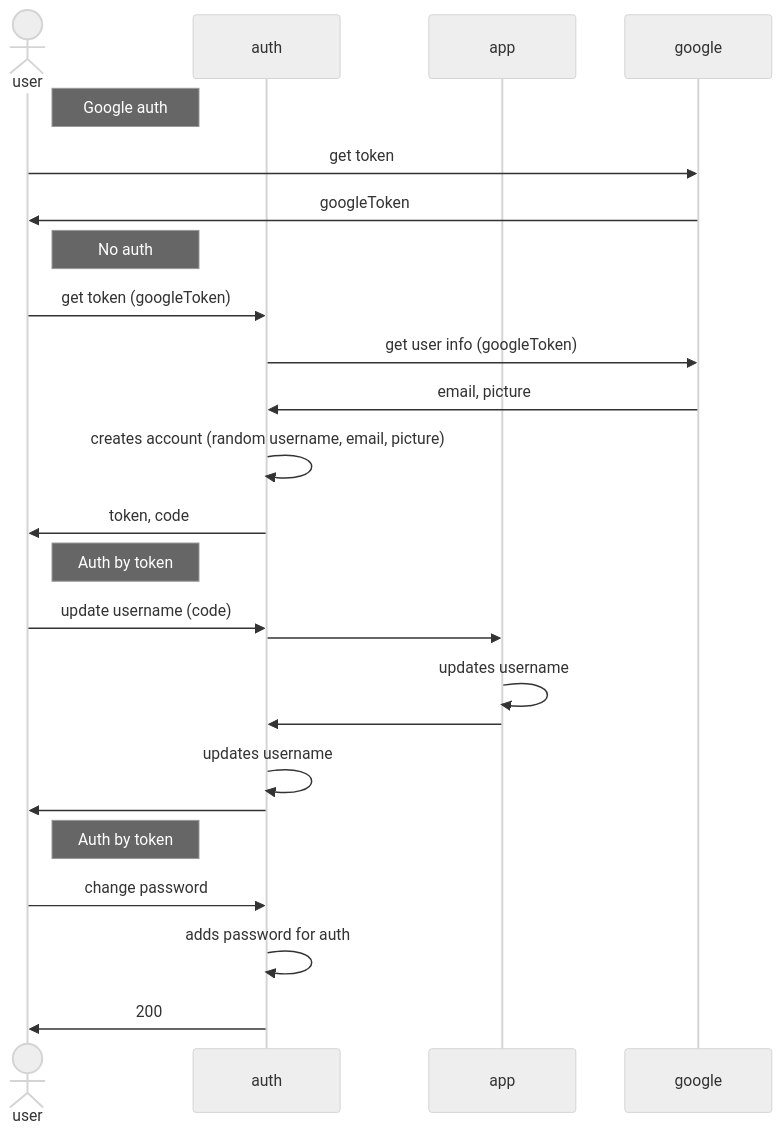
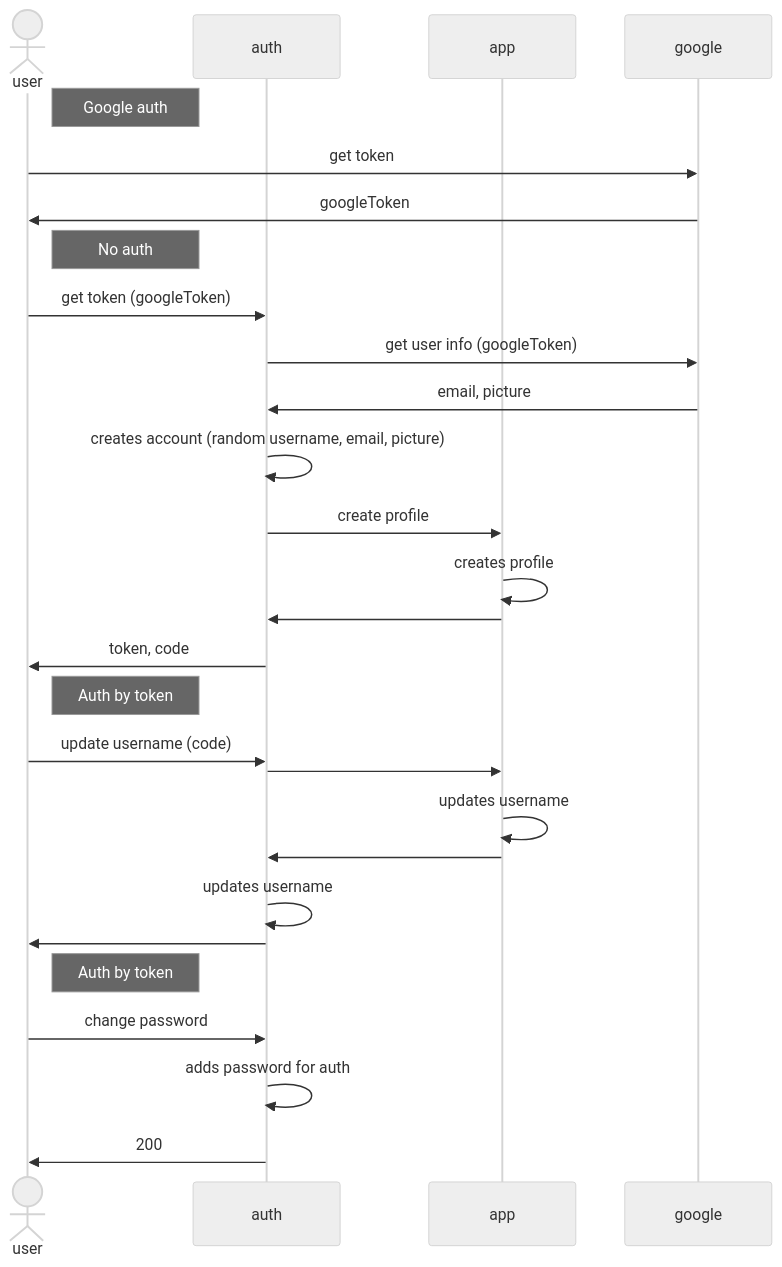
The seventh of 7 diagrams in readme.md (drsanches/photobooth), drawn with Mermaid (neutral theme) before and after one commit. The commit also changed other lines of this file and 9 other files, not shown here.

````diff
--- a/readme.md
+++ b/readme.md
@@ -320,31 +320,34 @@
 ```mermaid
 sequenceDiagram
     actor user
     participant auth
     participant app
     participant google
 
     note right of user: Google auth
     user ->> google: get token
     google ->> user: googleToken
 
     note right of user: No auth
     user ->> auth: get token (googleToken)
     auth ->> google: get user info (googleToken)
     google ->> auth: email, picture
     auth ->> auth: creates account (random username, email, picture)
+    auth ->> app: create profile
+    app ->> app: creates profile
+    app ->> auth: 
     auth ->> user: token, code
 
     note right of user: Auth by token
     user ->> auth: update username (code)
     auth ->> app: 
     app ->> app: updates username
     app ->> auth: 
     auth ->> auth: updates username
     auth ->> user: 
 
     note right of user: Auth by token
     user ->> auth: change password
     auth ->> auth: adds password for auth
     auth ->> user: 200
 ```
````
